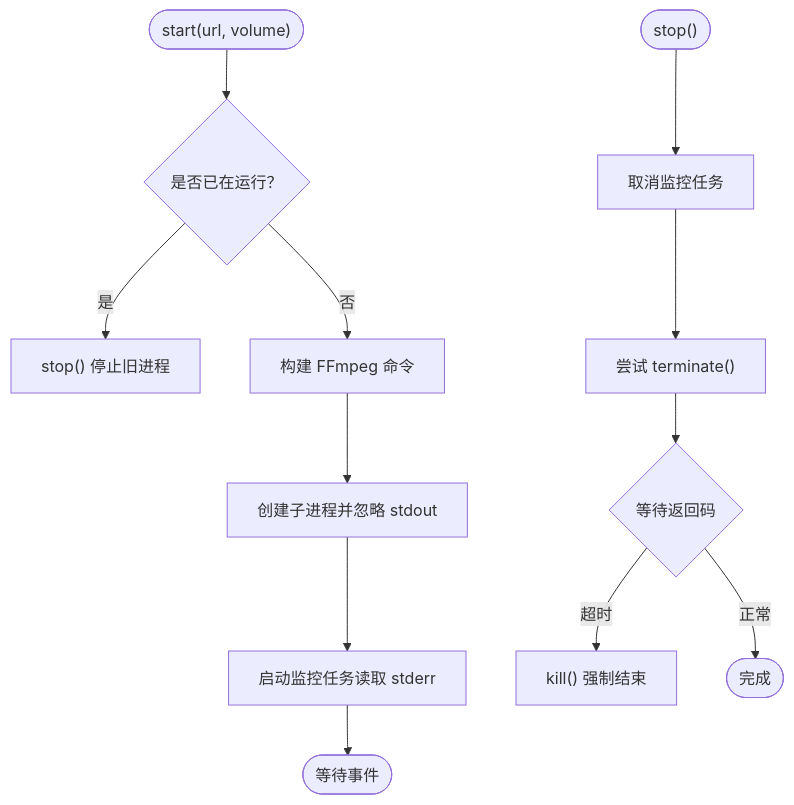
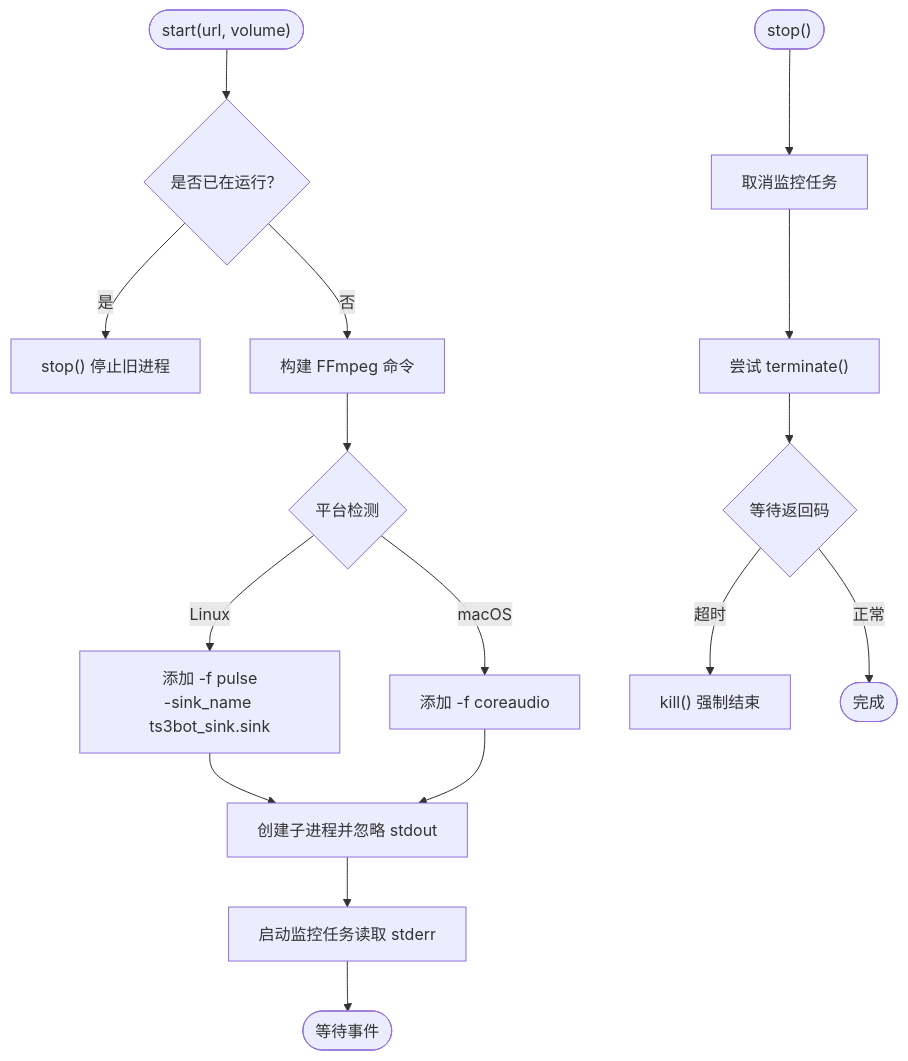
Before and after one commit to GhoulOwl/Teamspeak3_Bot: the fourth of 8 diagrams in .qoder/repowiki/zh/content/音乐播放系统/音频控制器.md, drawn with Mermaid. The commit also changed other lines of this file and 7 other files, not shown here.

````diff
--- a/.qoder/repowiki/zh/content/音乐播放系统/音频控制器.md
+++ b/.qoder/repowiki/zh/content/音乐播放系统/音频控制器.md
@@ -162,14 +180,18 @@
 ```mermaid
 flowchart TD
 Start(["start(url, volume)"]) --> CheckRunning{"是否已在运行？"}
 CheckRunning --> |是| StopPrev["stop() 停止旧进程"]
 CheckRunning --> |否| BuildCmd["构建 FFmpeg 命令"]
-BuildCmd --> Spawn["创建子进程并忽略 stdout"]
+BuildCmd --> Platform{"平台检测"}
+Platform --> |Linux| LinuxCmd["添加 -f pulse<br/>-sink_name ts3bot_sink.sink"]
+Platform --> |macOS| MacCmd["添加 -f coreaudio"]
+LinuxCmd --> Spawn["创建子进程并忽略 stdout"]
+MacCmd --> Spawn
 Spawn --> Monitor["启动监控任务读取 stderr"]
 Monitor --> End(["等待事件"])
 Stop(["stop()"]) --> CancelTask["取消监控任务"]
 CancelTask --> Terminate["尝试 terminate()"]
 Terminate --> Wait{"等待返回码"}
 Wait --> |超时| Kill["kill() 强制结束"]
 Wait --> |正常| Done(["完成"])
 ```
````
